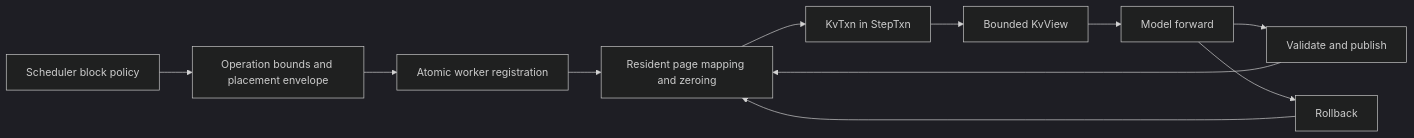
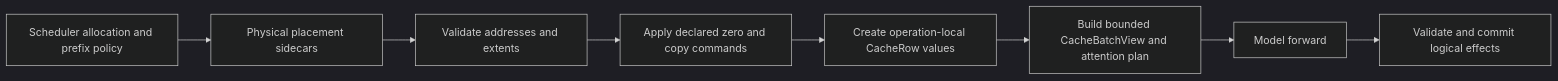
The diagram in docs/kv-cache-management.md (hao-ai-lab/uniserve), drawn with Mermaid (dark theme) before and after one commit. The commit also changed other lines of this file and 50 other files, not shown here.

First line of the commit message:
feat(scheduler): make scheduler sole KV placement authority

````diff
--- a/docs/kv-cache-management.md
+++ b/docs/kv-cache-management.md
@@ -23,13 +38,10 @@
 ```mermaid
 flowchart LR
-    S["Scheduler block policy"] --> E["Operation bounds and placement envelope"]
-    E --> R["Atomic worker registration"]
-    R --> M["Resident page mapping and zeroing"]
-    M --> T["KvTxn in StepTxn"]
-    T --> V["Bounded KvView"]
-    V --> F["Model forward"]
-    F --> C["Validate and publish"]
-    F --> B["Rollback"]
-    C --> M
-    B --> M
+    S["Scheduler allocation and prefix policy"] --> P["Physical placement sidecars"]
+    P --> V["Validate addresses and extents"]
+    V --> Z["Apply declared zero and copy commands"]
+    Z --> R["Create operation-local CacheRow values"]
+    R --> F["Build bounded CacheBatchView and attention plan"]
+    F --> M["Model forward"]
+    M --> C["Validate and commit logical effects"]
 ```
````
